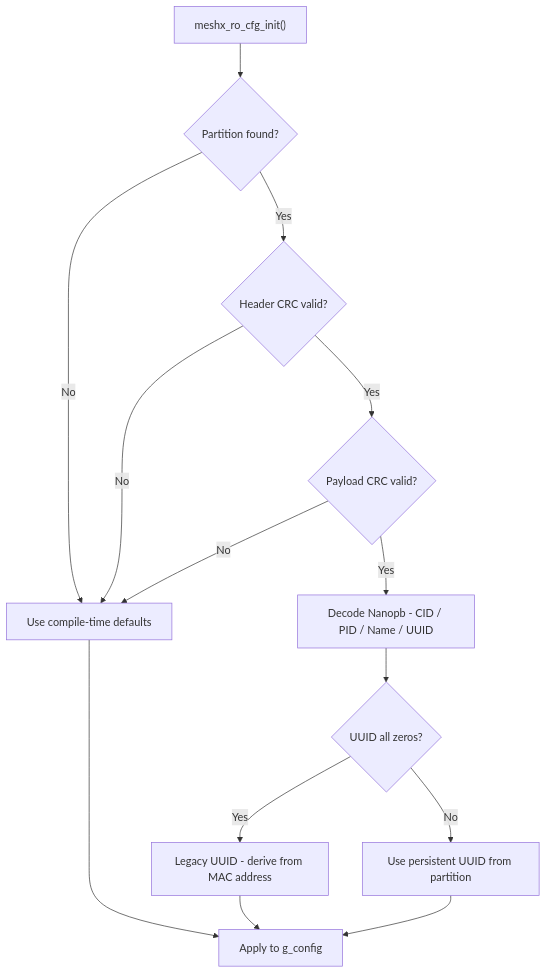
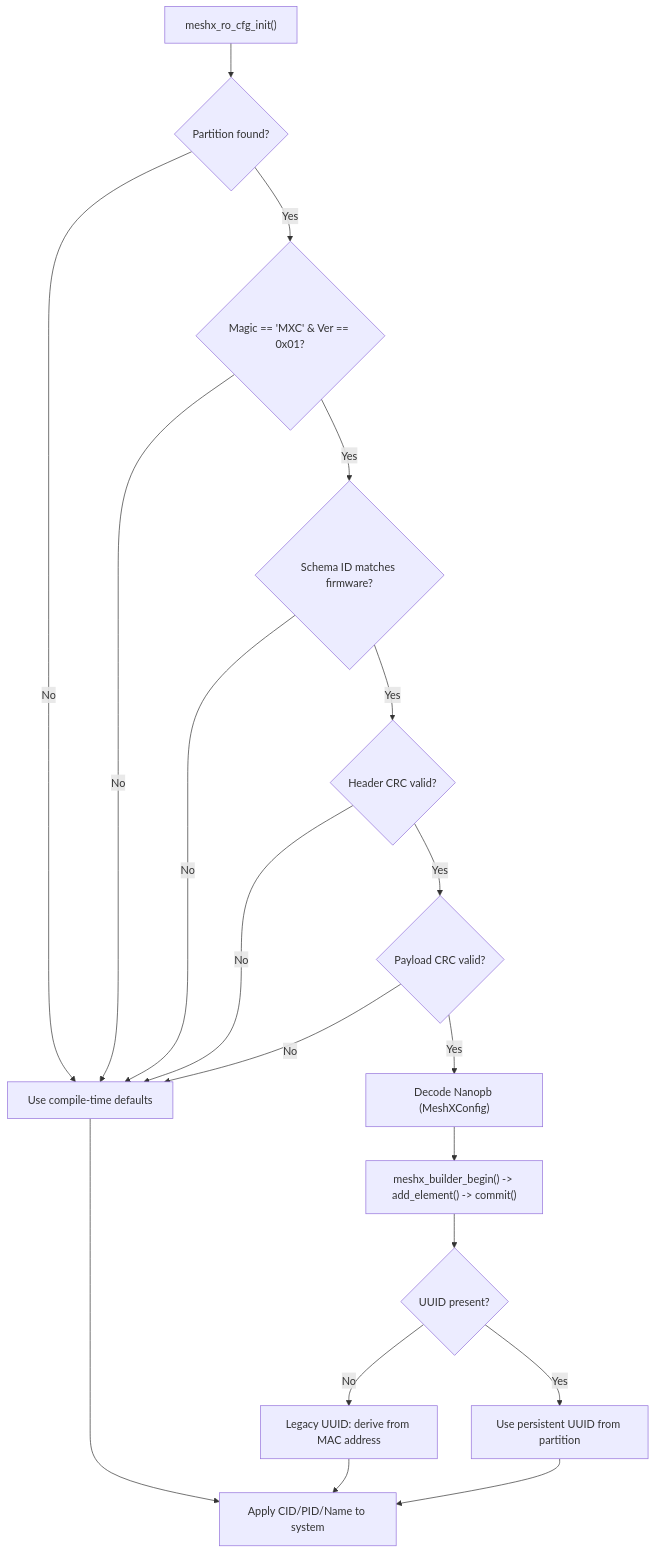
The diagram in docs/arch_diag/trm/11_ro_config.md (pranjalchanda08/MeshX), drawn with Mermaid before and after one commit. The commit also changed other lines of this file and 31 other files, not shown here.

````diff
--- a/docs/arch_diag/trm/11_ro_config.md
+++ b/docs/arch_diag/trm/11_ro_config.md
@@ -33,16 +37,21 @@
 ```mermaid
 flowchart TD
     A["meshx_ro_cfg_init()"] --> B{Partition found?}
     B -- No --> F[Use compile-time defaults]
-    B -- Yes --> C{Header CRC valid?}
+    B -- Yes --> C{"Magic == 'MXC' & Ver == 0x01?"}
     C -- No --> F
-    C -- Yes --> D{Payload CRC valid?}
+    C -- Yes --> S{"Schema ID matches firmware?"}
+    S -- No --> F
+    S -- Yes --> HCRC{Header CRC valid?}
+    HCRC -- No --> F
+    HCRC -- Yes --> D{Payload CRC valid?}
     D -- No --> F
-    D -- Yes --> E[Decode Nanopb - CID / PID / Name / UUID]
-    E --> G{UUID all zeros?}
-    G -- Yes --> H[Legacy UUID - derive from MAC address]
-    G -- No --> I[Use persistent UUID from partition]
-    F --> J["Apply to g_config"]
+    D -- Yes --> E["Decode Nanopb (MeshXConfig)"]
+    E --> BAK["meshx_builder_begin() -> add_element() -> commit()"]
+    BAK --> G{UUID present?}
+    G -- No --> H[Legacy UUID: derive from MAC address]
+    G -- Yes --> I[Use persistent UUID from partition]
+    F --> J["Apply CID/PID/Name to system"]
     H --> J
     I --> J
 ```
````
